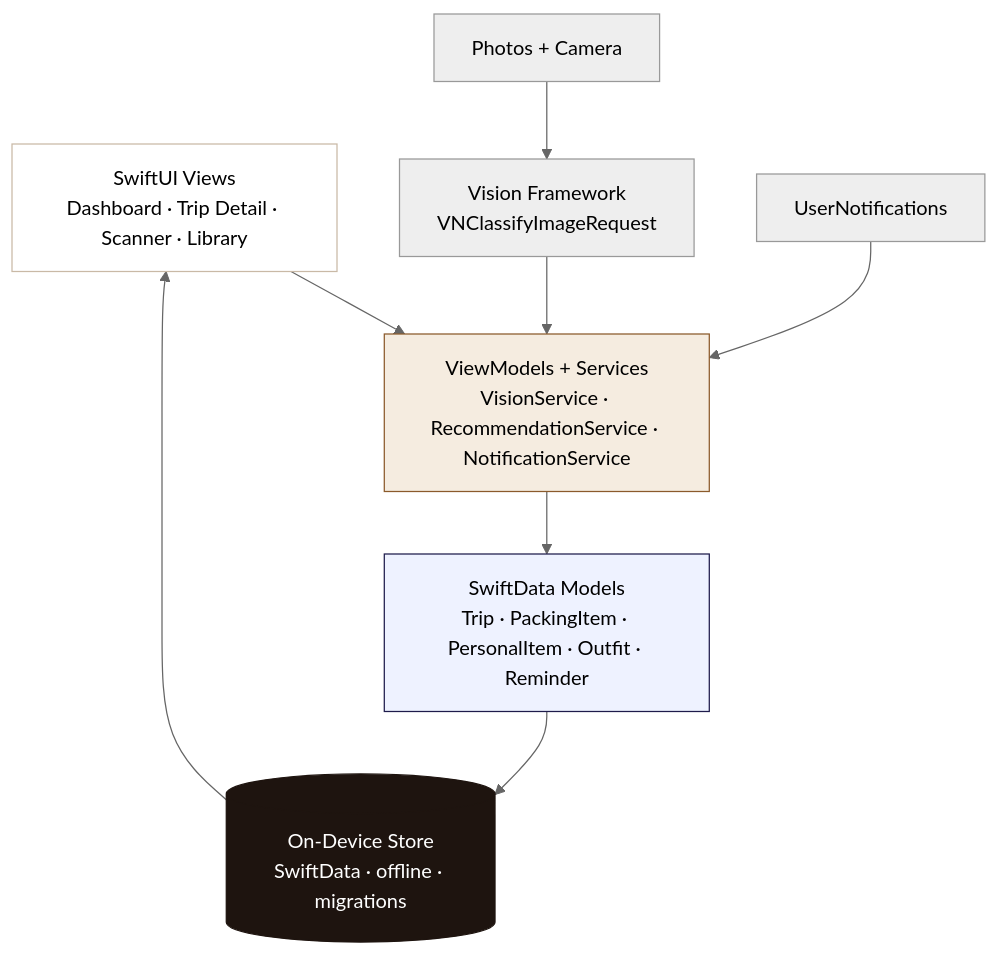
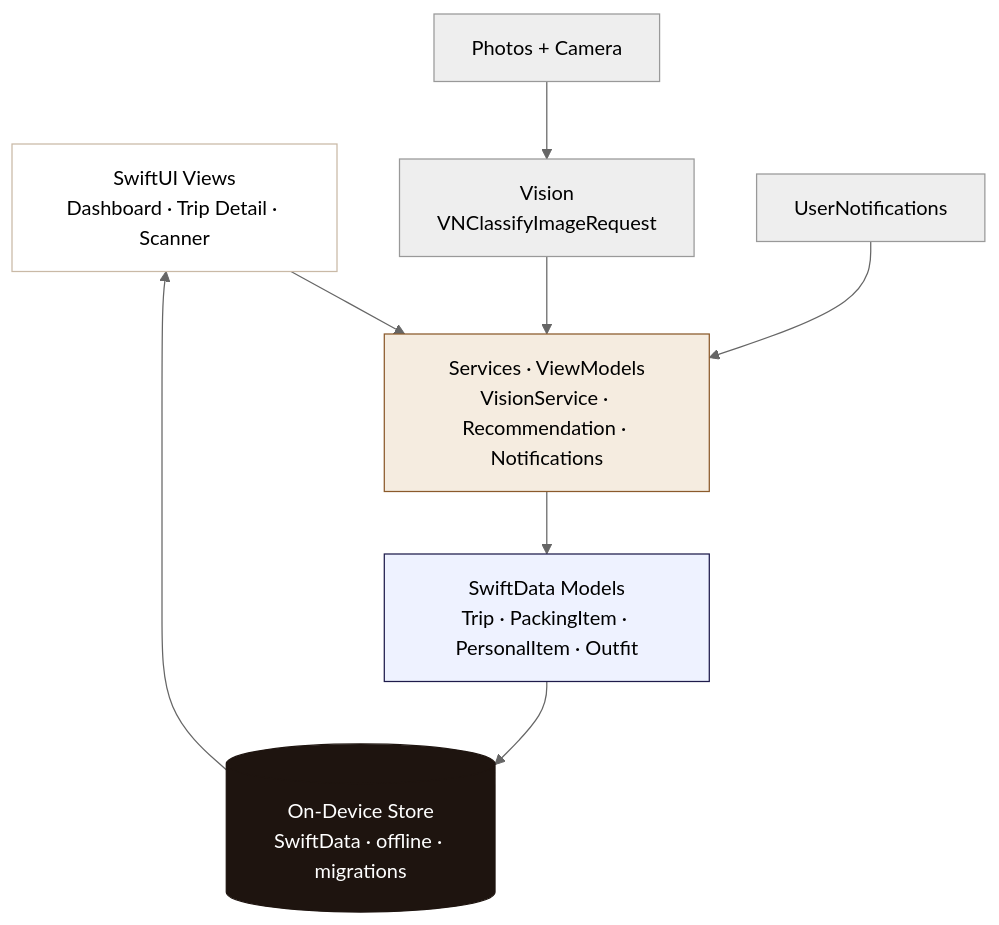
The second of 2 diagrams in README.md (Alot1z/packwise), drawn with Mermaid (neutral theme) before and after one commit. The commit also changed other lines of this file and 16 other files, not shown here.

````diff
--- a/README.md
+++ b/README.md
@@ -109,15 +120,14 @@
 ```mermaid
 flowchart TB
-    UI[SwiftUI Views<br/>Dashboard · Trip Detail · Scanner · Library] --> VM[ViewModels + Services<br/>VisionService · RecommendationService · NotificationService]
-    VM --> M[SwiftData Models<br/>Trip · PackingItem · PersonalItem · Outfit · Reminder]
+    UI[SwiftUI Views<br/>Dashboard · Trip Detail · Scanner] --> VM[Services · ViewModels<br/>VisionService · Recommendation · Notifications]
+    VM --> M[SwiftData Models<br/>Trip · PackingItem · PersonalItem · Outfit]
     M --> S[(On-Device Store<br/>SwiftData · offline · migrations)]
-    P[Photos + Camera] --> V[Vision Framework<br/>VNClassifyImageRequest]
+    P[Photos + Camera] --> V[Vision<br/>VNClassifyImageRequest]
     V --> VM
     N[UserNotifications] --> VM
     S --> UI
-
     style UI fill:#fff,stroke:#c9b9a6
     style VM fill:#f5ece0,stroke:#8b5a2b
     style M fill:#eef2ff,stroke:#1e1b4b
     style S fill:#1e140f,color:#fff,stroke:#1e140f
 ```
````
